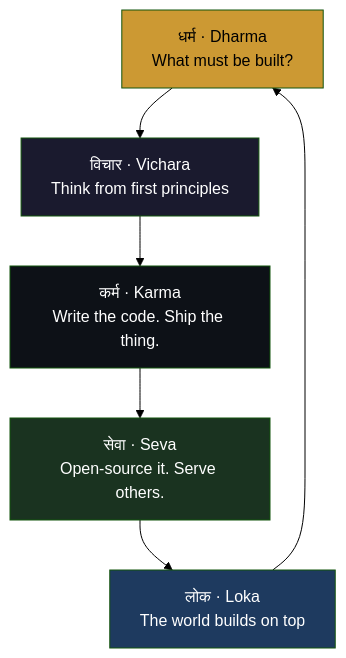
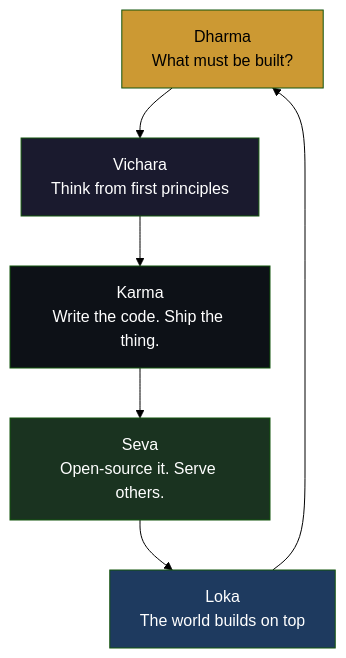
One commit to darshjme/darshjme changed the second of 2 diagrams in README.md. Above: the diagram before and after it, drawn with Mermaid (forest theme). The commit also changed other lines of this file, not shown here.

````diff
--- a/README.md
+++ b/README.md
@@ -53,14 +79,14 @@
 ```mermaid
 flowchart TD
-    D[धर्म · Dharma\nWhat must be built?] --> V[विचार · Vichara\nThink from first principles]
-    V --> K[कर्म · Karma\nWrite the code. Ship the thing.]
-    K --> S[सेवा · Seva\nOpen-source it. Serve others.]
-    S --> L[लोक · Loka\nThe world builds on top]
+    D[Dharma\nWhat must be built?] --> V[Vichara\nThink from first principles]
+    V --> K[Karma\nWrite the code. Ship the thing.]
+    K --> S[Seva\nOpen-source it. Serve others.]
+    S --> L[Loka\nThe world builds on top]
     L --> D
 
     style D fill:#cc9933,color:#000
     style V fill:#1a1a2e,color:#fff
     style K fill:#0d1117,color:#fff
     style S fill:#1a3320,color:#fff
     style L fill:#1e3a5f,color:#fff
 ```
````
